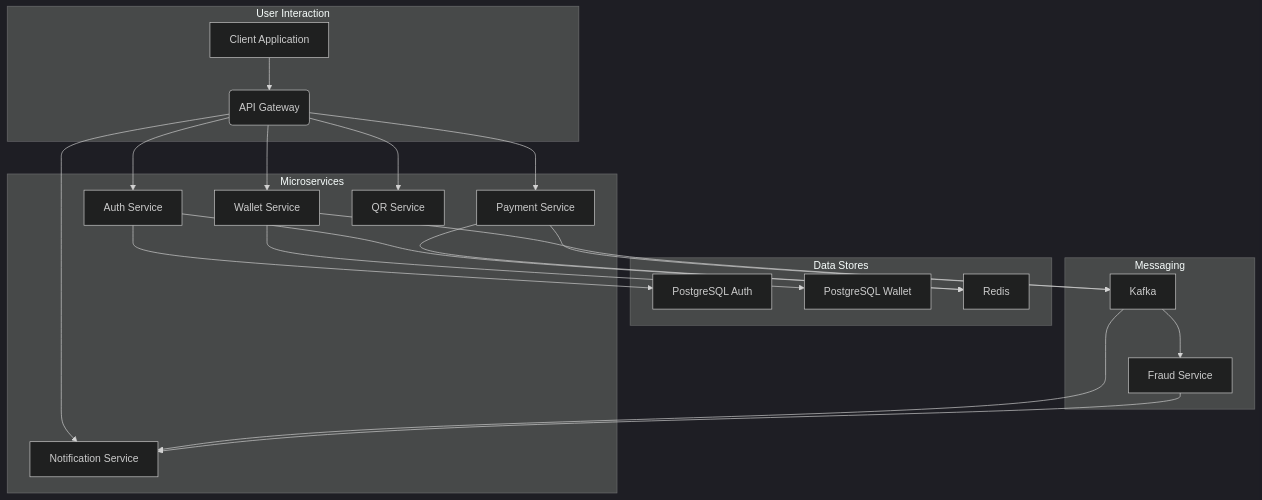
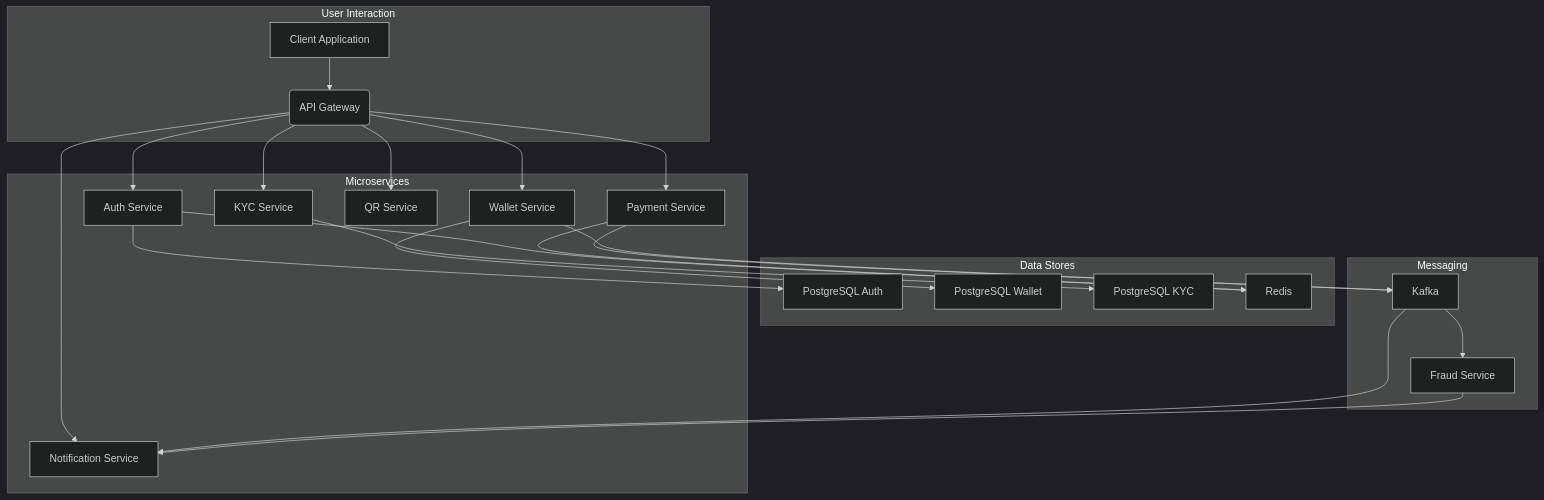
One commit to ghif-A/fintech-super-app-backend changed the diagram in README.md. Above: the diagram before and after it, drawn with Mermaid (dark theme). The commit also changed other lines of this file and 62 other files, not shown here.

````diff
--- a/README.md
+++ b/README.md
@@ -27,30 +27,32 @@
 ```mermaid
 graph TD
     subgraph User Interaction
         A[Client Application] --> B(API Gateway)
     end
 
     subgraph Microservices
         B --> MS_AUTH[Auth Service]
         B --> MS_WALLET[Wallet Service]
         B --> MS_PAYMENT[Payment Service]
         B --> MS_QR[QR Service]
         B --> MS_NOTIF[Notification Service]
+        B --> MS_KYC[KYC Service]
     end
 
     subgraph Data Stores
         MS_AUTH --> DB_AUTH[PostgreSQL Auth]
         MS_WALLET --> DB_WALLET[PostgreSQL Wallet]
+        MS_KYC --> DB_KYC[PostgreSQL KYC]
         MS_AUTH --> DS_REDIS[Redis]
         MS_PAYMENT --> DS_REDIS
     end
 
     subgraph Messaging
         MS_PAYMENT --> KAFKA[Kafka]
         MS_WALLET --> KAFKA
         KAFKA --> MS_FRAUD[Fraud Service]
         KAFKA --> MS_NOTIF
     end
 
     MS_FRAUD --> MS_NOTIF
 ```
````
